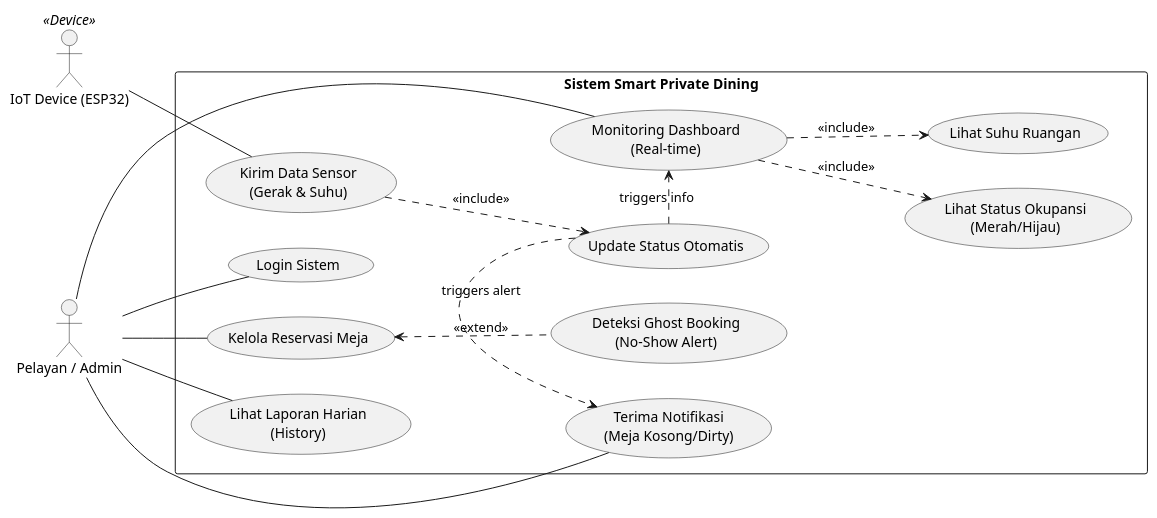
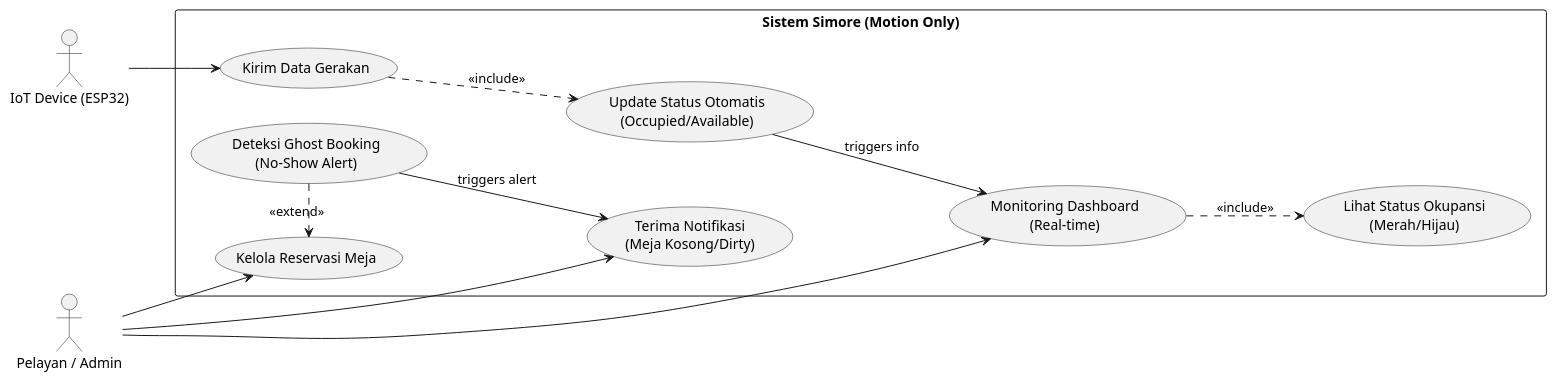
Before and after one commit to A-PPAW-TI503P-2025/PROJECT_KELOMPOK5_HUMAN-BODY: the diagram in UseCase.puml, drawn with PlantUML. The commit also changed 4 other files, not shown here.

Commit message:
New PlantUML

```diff
--- a/UseCase.puml
+++ b/UseCase.puml
@@ -1,54 +1,28 @@
 @startuml
 left to right direction
-skinparam packageStyle rectangle
+actor "IoT Device (ESP32)" as Device
+actor "Pelayan / Admin" as User
 
-'--- DEFINISI AKTOR ---
-actor "Pelayan / Admin" as User
-actor "IoT Device (ESP32)" as Sensor << Device >>
+rectangle "Sistem Simore (Motion Only)" {
+    usecase "Kirim Data Gerakan" as UC1
+    usecase "Update Status Otomatis\n(Occupied/Available)" as UC2
+    usecase "Monitoring Dashboard\n(Real-time)" as UC3
+    usecase "Lihat Status Okupansi\n(Merah/Hijau)" as UC4
+    usecase "Deteksi Ghost Booking\n(No-Show Alert)" as UC5
+    usecase "Terima Notifikasi\n(Meja Kosong/Dirty)" as UC6
+    usecase "Kelola Reservasi Meja" as UC7
+}
 
-'--- SISTEM BOUNDARY ---
-rectangle "Sistem Smart Private Dining" {
+Device --> UC1
+UC1 ..> UC2 : <<include>>
+UC2 --> UC3 : triggers info
+UC3 ..> UC4 : <<include>>
+User --> UC3
+User --> UC7
+User --> UC6
 
-    '--- USE CASE UTAMA USER ---
-    usecase "Login Sistem" as UC_Login
-    usecase "Monitoring Dashboard\n(Real-time)" as UC_Dashboard
-    usecase "Kelola Reservasi Meja" as UC_Reservasi
-    usecase "Terima Notifikasi\n(Meja Kosong/Dirty)" as UC_Notif
-    usecase "Lihat Laporan Harian\n(History)" as UC_Laporan
+' Ghost Booking Logic
+UC5 .> UC7 : <<extend>>
+UC5 --> UC6 : triggers alert
 
-    '--- USE CASE DETAIL (INCLUDE/EXTEND) ---
-    usecase "Lihat Status Okupansi\n(Merah/Hijau)" as UC_Occupancy
-    usecase "Lihat Suhu Ruangan" as UC_Temp
-    usecase "Deteksi Ghost Booking\n(No-Show Alert)" as UC_Ghost
-
-    '--- USE CASE IOT ---
-    usecase "Kirim Data Sensor\n(Gerak & Suhu)" as UC_Send
-    usecase "Update Status Otomatis" as UC_Update
-
-    '--- RELASI USER ---
-    User -- UC_Login
-    User -- UC_Dashboard
-    User -- UC_Reservasi
-    User -- UC_Notif
-    User -- UC_Laporan
-
-    '--- RELASI IOT ---
-    Sensor -- UC_Send
-
-    '--- RELASI INCLUDE & EXTEND ---
-    ' Dashboard menampilkan 2 hal utama
-    UC_Dashboard ..> UC_Occupancy : <<include>>
-    UC_Dashboard ..> UC_Temp : <<include>>
-
-    ' Ghost Booking adalah perluasan dari Reservasi (jika kondisi terpenuhi)
-    UC_Reservasi <.. UC_Ghost : <<extend>>
-    
-    ' IoT mengirim data, yang memicu update status sistem
-    UC_Send ..> UC_Update : <<include>>
-    
-    ' Update status mempengaruhi Dashboard & Notifikasi
-    UC_Update .> UC_Dashboard : triggers info
-    UC_Update .> UC_Notif : triggers alert
-
-}
 @enduml
```
